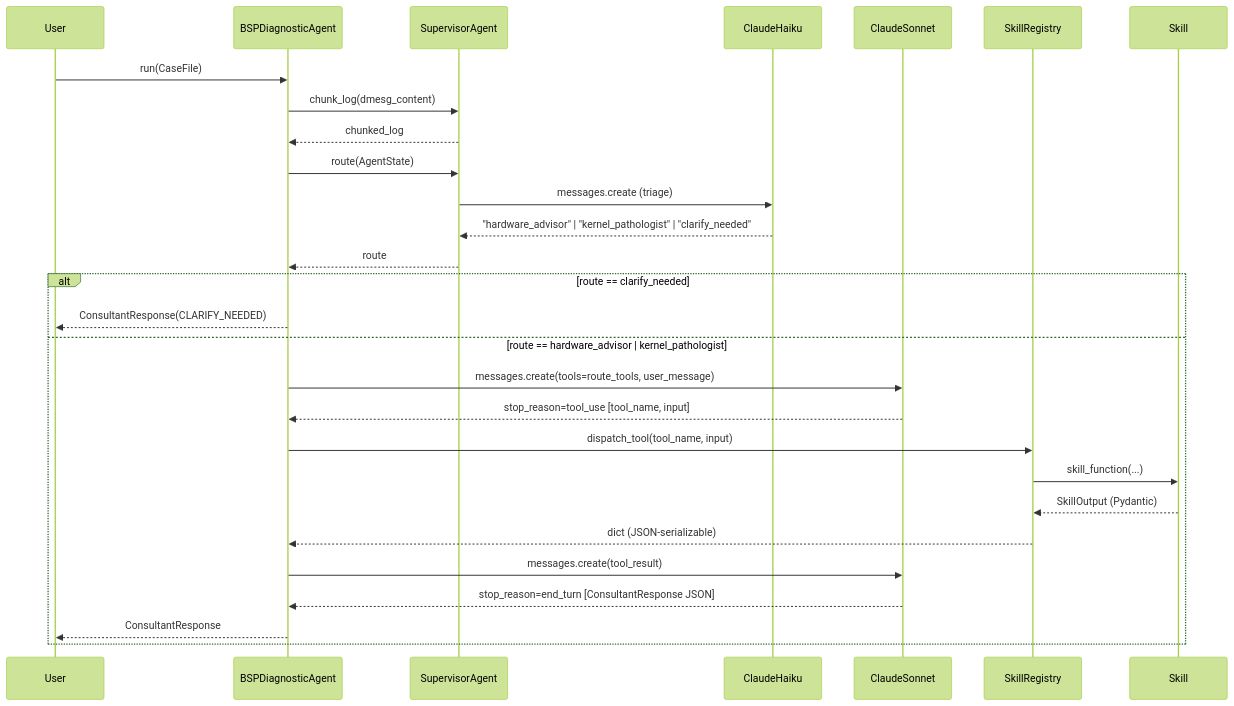
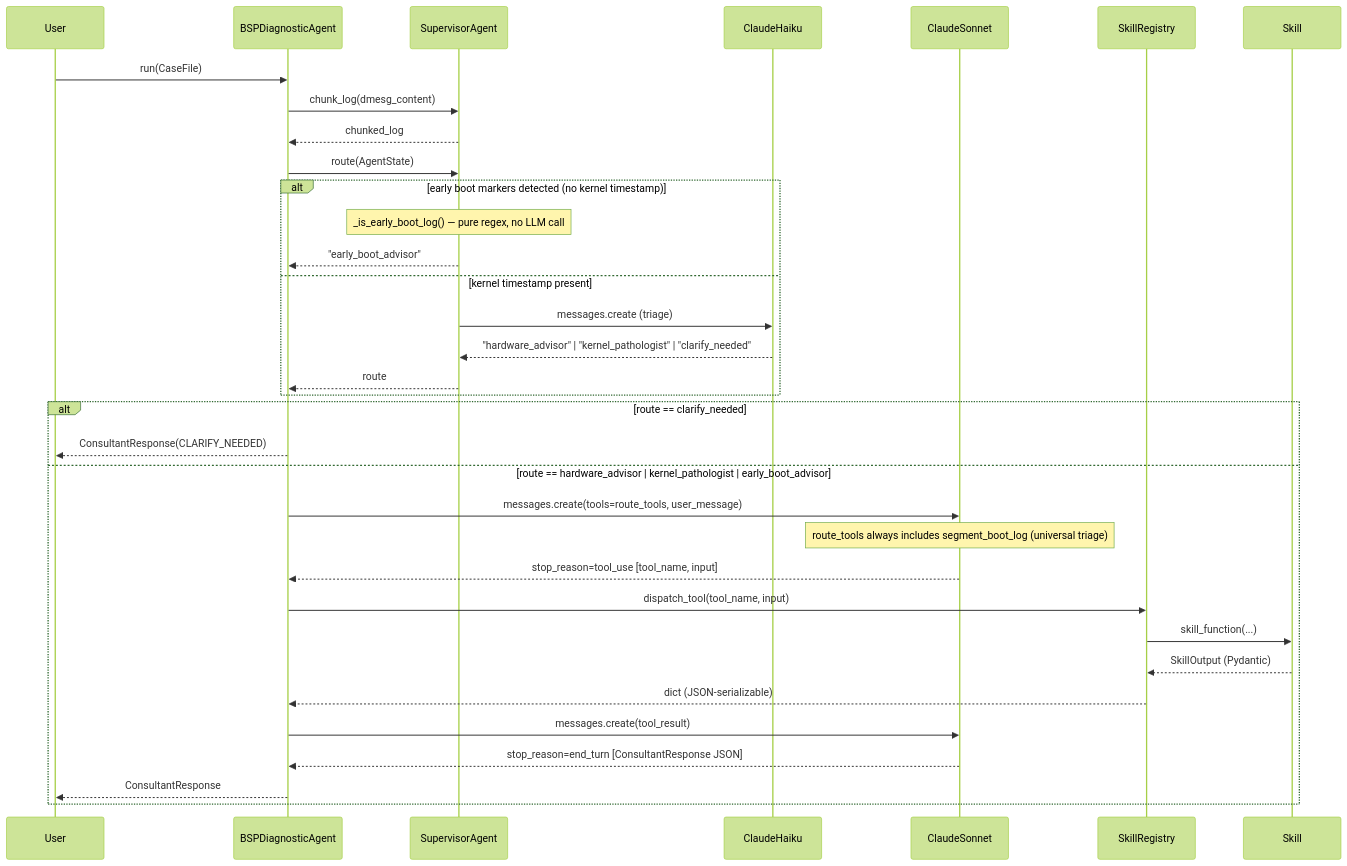
The second of 2 diagrams in DESIGN.md (jonaschen/ai-bsp-agent), drawn with Mermaid (forest theme) before and after one commit. The commit also changed other lines of this file and 8 other files, not shown here.

Commit message:
Phase 4 — Early Boot Domain

````diff
--- a/DESIGN.md
+++ b/DESIGN.md
@@ -95,36 +107,43 @@
 ```mermaid
 sequenceDiagram
     participant User
     participant BSPDiagnosticAgent
     participant SupervisorAgent
     participant ClaudeHaiku
     participant ClaudeSonnet
     participant SkillRegistry
     participant Skill
 
     User->>BSPDiagnosticAgent: run(CaseFile)
 
     BSPDiagnosticAgent->>SupervisorAgent: chunk_log(dmesg_content)
     SupervisorAgent-->>BSPDiagnosticAgent: chunked_log
 
     BSPDiagnosticAgent->>SupervisorAgent: route(AgentState)
-    SupervisorAgent->>ClaudeHaiku: messages.create (triage)
-    ClaudeHaiku-->>SupervisorAgent: "hardware_advisor" | "kernel_pathologist" | "clarify_needed"
-    SupervisorAgent-->>BSPDiagnosticAgent: route
+
+    alt early boot markers detected (no kernel timestamp)
+        Note over SupervisorAgent: _is_early_boot_log() — pure regex, no LLM call
+        SupervisorAgent-->>BSPDiagnosticAgent: "early_boot_advisor"
+    else kernel timestamp present
+        SupervisorAgent->>ClaudeHaiku: messages.create (triage)
+        ClaudeHaiku-->>SupervisorAgent: "hardware_advisor" | "kernel_pathologist" | "clarify_needed"
+        SupervisorAgent-->>BSPDiagnosticAgent: route
+    end
 
     alt route == clarify_needed
         BSPDiagnosticAgent-->>User: ConsultantResponse(CLARIFY_NEEDED)
-    else route == hardware_advisor | kernel_pathologist
+    else route == hardware_advisor | kernel_pathologist | early_boot_advisor
         BSPDiagnosticAgent->>ClaudeSonnet: messages.create(tools=route_tools, user_message)
+        Note over ClaudeSonnet: route_tools always includes segment_boot_log (universal triage)
         ClaudeSonnet-->>BSPDiagnosticAgent: stop_reason=tool_use [tool_name, input]
 
         BSPDiagnosticAgent->>SkillRegistry: dispatch_tool(tool_name, input)
         SkillRegistry->>Skill: skill_function(...)
         Skill-->>SkillRegistry: SkillOutput (Pydantic)
         SkillRegistry-->>BSPDiagnosticAgent: dict (JSON-serializable)
 
         BSPDiagnosticAgent->>ClaudeSonnet: messages.create(tool_result)
         ClaudeSonnet-->>BSPDiagnosticAgent: stop_reason=end_turn [ConsultantResponse JSON]
         BSPDiagnosticAgent-->>User: ConsultantResponse
     end
 ```
````
